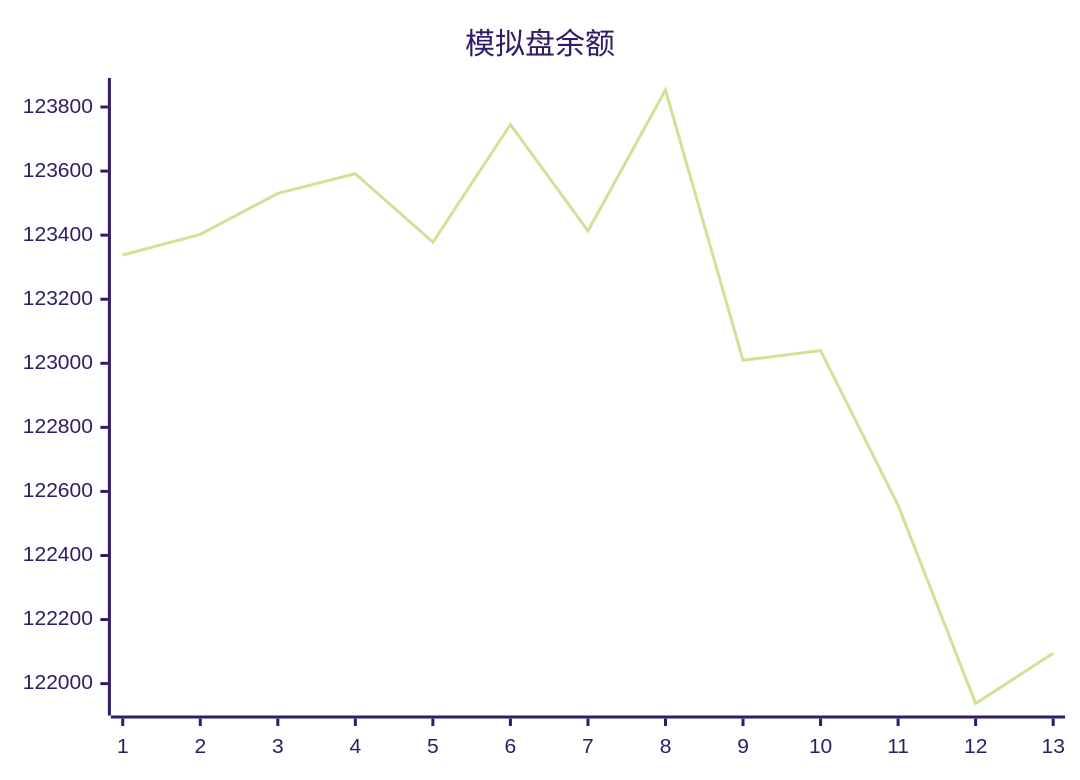
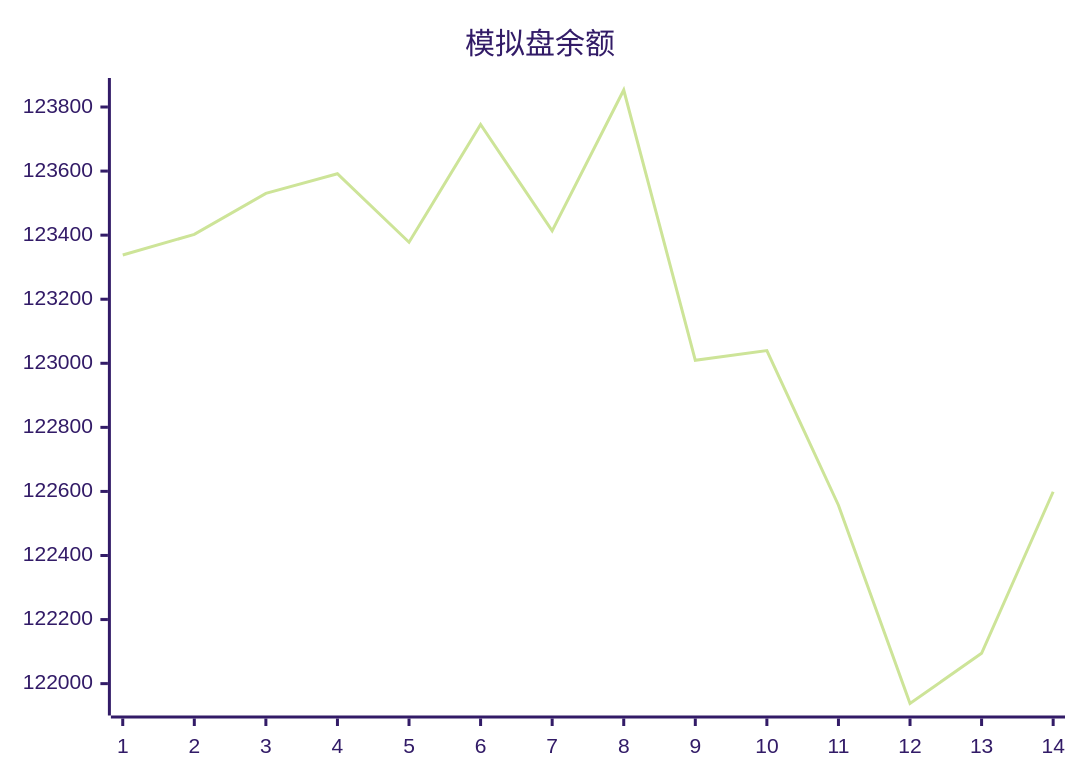
Before and after one commit to aahl/mcp-aktools: the diagram in trading/README.md, drawn with Mermaid (forest theme). The commit also changed 1 other file, not shown here.

Commit message:
📈 AkTools MCP Server

````diff
--- a/trading/README.md
+++ b/trading/README.md
@@ -3,5 +3,5 @@
 ```mermaid
 xychart
     title "模拟盘余额"
-    line [123337.9,123402.4,123530.3,123591.6,123377.9,123745.3,123413.3,123853.1,123009.4,123039.8,122557.0,121938.0,122094.6]
+    line [123337.9,123402.4,123530.3,123591.6,123377.9,123745.3,123413.3,123853.1,123009.4,123039.8,122557.0,121938.0,122094.6,122599.0]
 ```
````
